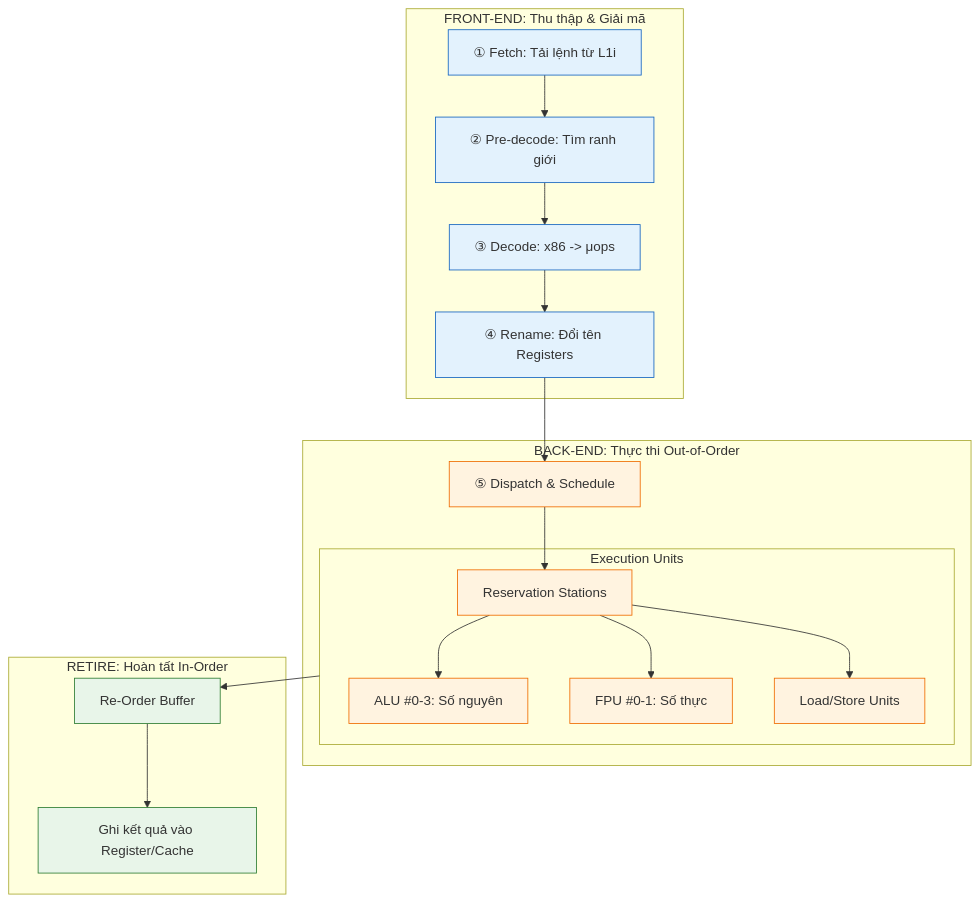
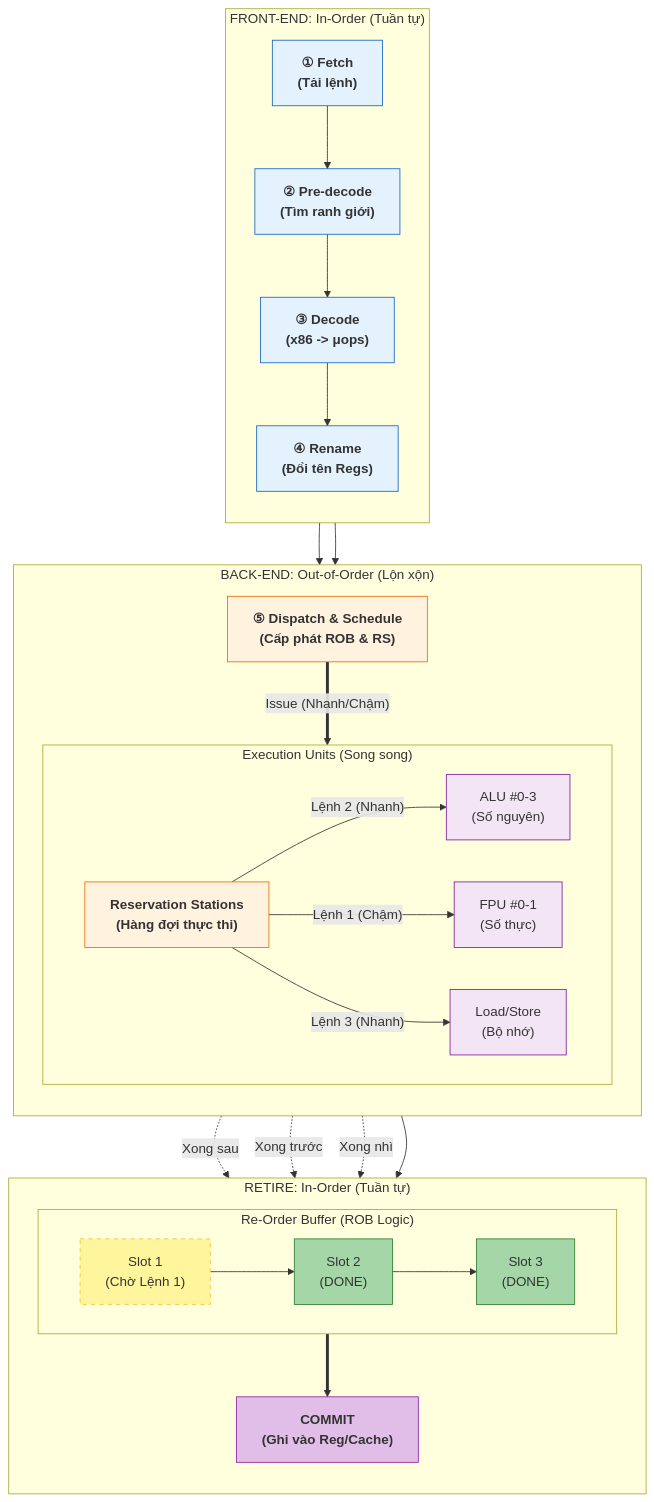
Before and after one commit to QuyGDb/high-performance-: the second of 6 diagrams in Assets/Documentation/ComputerArchitecture/ComputerArchitecture_Ch1_2.md, drawn with Mermaid. The commit also changed other lines of this file, not shown here.

````diff
--- a/Assets/Documentation/ComputerArchitecture/ComputerArchitecture_Ch1_2.md
+++ b/Assets/Documentation/ComputerArchitecture/ComputerArchitecture_Ch1_2.md
@@ -1355,31 +1253,53 @@
 ```mermaid
-graph TD
-    subgraph Front_End [FRONT-END: Thu thập & Giải mã]
-        Fetch[① Fetch: Tải lệnh từ L1i] --> Pre[② Pre-decode: Tìm ranh giới]
-        Pre --> Decode[③ Decode: x86 -> μops]
-        Decode --> Rename[④ Rename: Đổi tên Registers]
+flowchart TD
+    %% --- FRONT END ---
+    subgraph Front_End ["FRONT-END: In-Order (Tuần tự)"]
+        direction TB
+        Fetch["① Fetch\n(Tải lệnh)"]:::front --> Pre["② Pre-decode\n(Tìm ranh giới)"]:::front
+        Pre --> Decode["③ Decode\n(x86 -> μops)"]:::front
+        Decode --> Rename["④ Rename\n(Đổi tên Regs)"]:::front
     end
 
-    subgraph Back_End [BACK-END: Thực thi Out-of-Order]
-        Rename --> Dispatch[⑤ Dispatch & Schedule]
-        Dispatch --> ALU[Reservation Stations]
+    %% --- BACK END ---
+    subgraph Back_End ["BACK-END: Out-of-Order (Lộn xộn)"]
+        direction TB
+        Rename --> Dispatch["⑤ Dispatch & Schedule\n(Cấp phát ROB & RS)"]:::back
+        Dispatch ==> |"Issue (Nhanh/Chậm)"| RS["Reservation Stations\n(Hàng đợi thực thi)"]:::back
         
-        subgraph Execution_Units [Execution Units]
-            ALU --> E1[ALU #0-3: Số nguyên]
-            ALU --> E2[FPU #0-1: Số thực]
-            ALU --> E3[Load/Store Units]
+        subgraph EXEC ["Execution Units (Song song)"]
+            direction LR
+            RS --> |"Lệnh 2 (Nhanh)"| ALU_INT["ALU #0-3\n(Số nguyên)"]:::exec
+            RS --> |"Lệnh 1 (Chậm)"| ALU_FPU["FPU #0-1\n(Số thực)"]:::exec
+            RS --> |"Lệnh 3 (Nhanh)"| LSU["Load/Store\n(Bộ nhớ)"]:::exec
         end
     end
 
-    subgraph Retire [RETIRE: Hoàn tất In-Order]
-        Execution_Units --> ROB[Re-Order Buffer]
-        ROB --> Commit[Ghi kết quả vào Register/Cache]
+    %% --- ROB & RETIRE ---
+    subgraph Retire ["RETIRE: In-Order (Tuần tự)"]
+        direction TB
+        %% Visualizing the Circular Buffer Logic
+        subgraph ROB_Detail ["Re-Order Buffer (ROB Logic)"]
+            direction LR
+            Slot1["Slot 1\n(Chờ Lệnh 1)"]:::busy
+            Slot2["Slot 2\n(DONE)"]:::ready
+            Slot3["Slot 3\n(DONE)"]:::ready
+            Slot1 --> Slot2 --> Slot3
+        end
+
+        ALU_FPU -.-> |"Xong sau"| Slot1
+        ALU_INT -.-> |"Xong trước"| Slot2
+        LSU -.-> |"Xong nhì"| Slot3
+
+        Slot1 ==> Commit["COMMIT\n(Ghi vào Reg/Cache)"]:::commit
     end
 
-    classDef front fill:#e3f2fd,stroke:#1565c0
-    classDef back fill:#fff3e0,stroke:#ef6c00
-    classDef retire fill:#e8f5e9,stroke:#2e7d32
-    class Fetch,Pre,Decode,Rename front
-    class Dispatch,ALU,E1,E2,E3 back
-    class ROB,Commit retire
+    Front_End --> Back_End --> Retire
+
+    %% Styling
+    classDef front fill:#e3f2fd,stroke:#1565c0,font-weight:bold
+    classDef back fill:#fff3e0,stroke:#ef6c00,font-weight:bold
+    classDef exec fill:#f3e5f5,stroke:#7b1fa2
+    classDef busy fill:#fff59d,stroke:#fbc02d,stroke-dasharray: 5,5
+    classDef ready fill:#a5d6a7,stroke:#2e7d32
+    classDef commit fill:#e1bee7,stroke:#8e24aa,font-weight:bold
 ```
````
